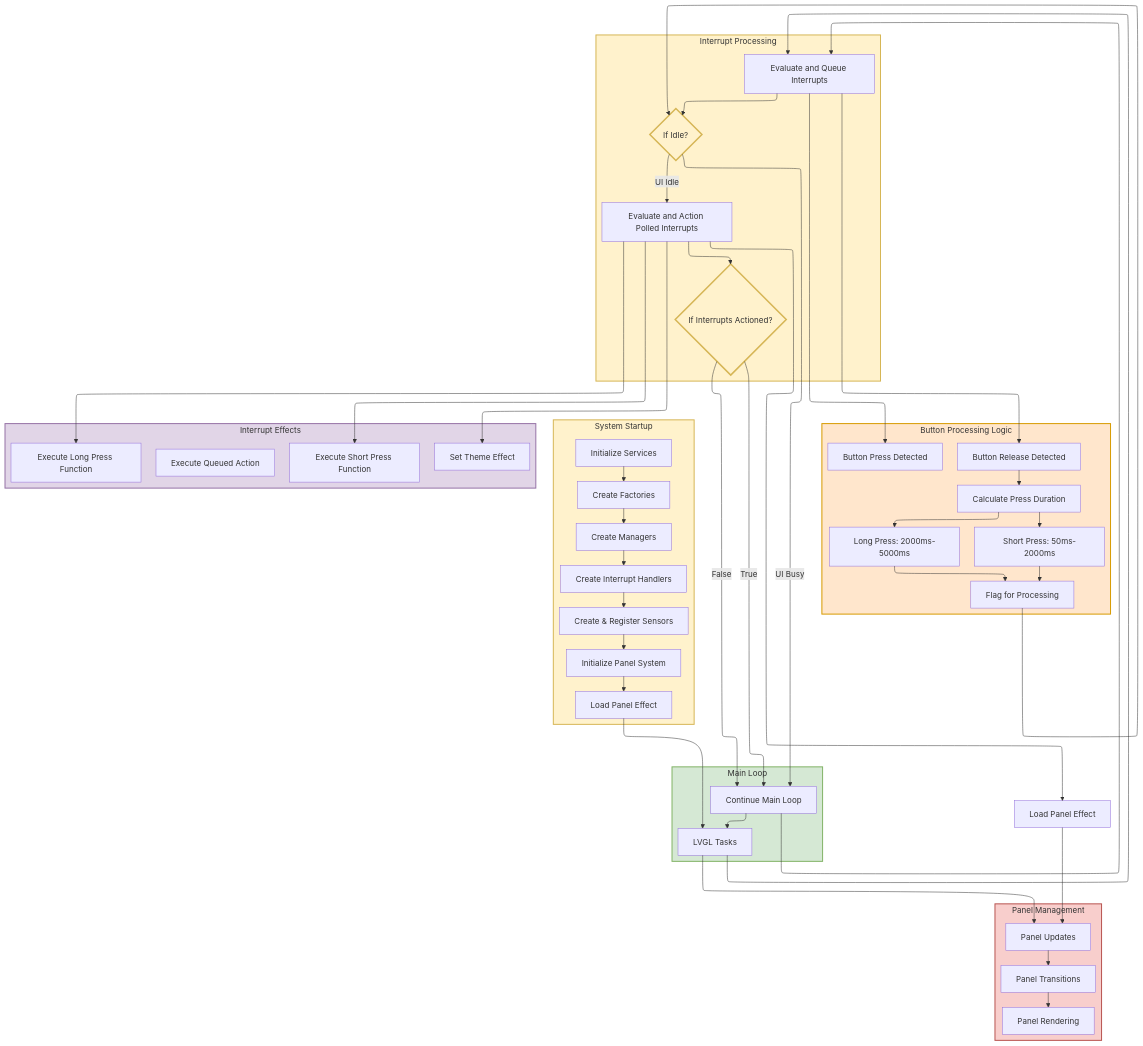
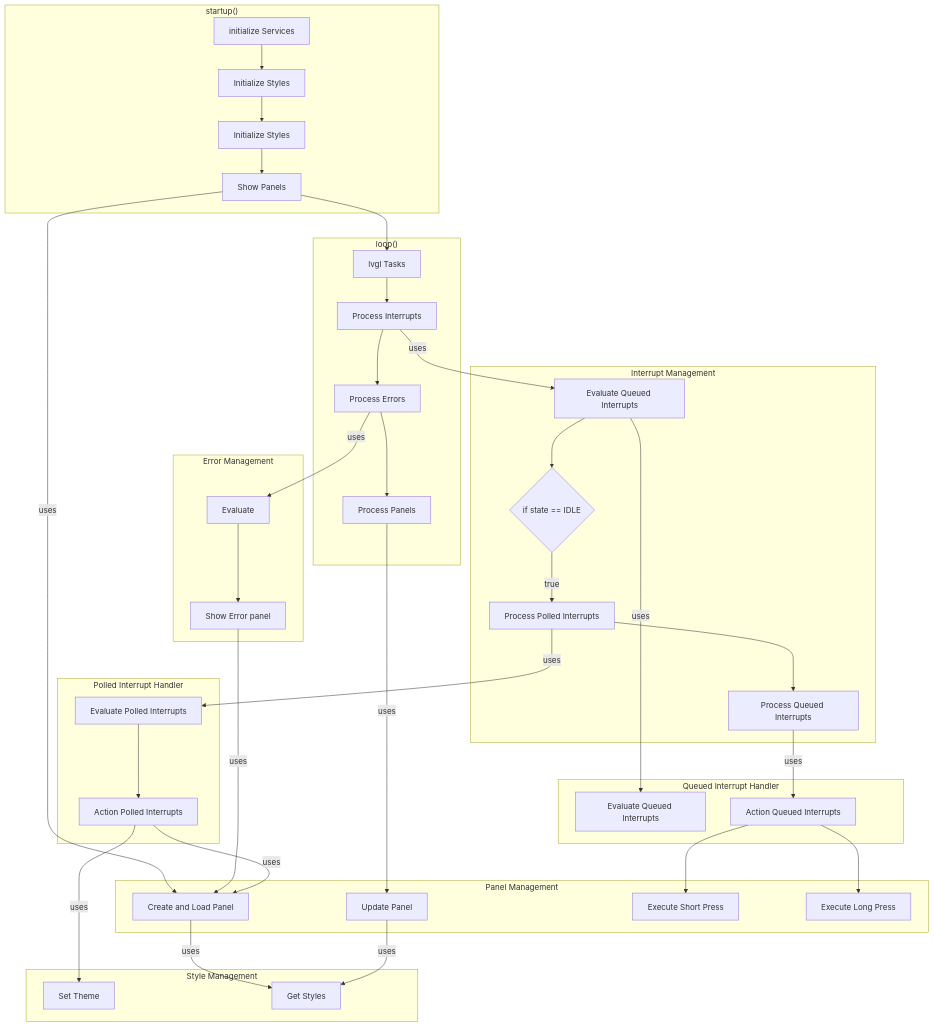
Before and after one commit to marcelrienks/Clarity: the diagram in docs/diagrams/application-flow.md, drawn with Mermaid. The commit also changed other lines of this file and 6 other files, not shown here.

````diff
--- a/docs/diagrams/application-flow.md
+++ b/docs/diagrams/application-flow.md
@@ -21,109 +20,88 @@
 ```mermaid
 ---
 config:
-  layout: elk
+  layout: fixed
   theme: default
-  elk:
-    algorithm: layered
-    direction: DOWN
+  elk: {}
+id: 063444bd-5464-486a-8d8d-72cb41573cb5
 ---
-flowchart TD
-    %% Startup Sequence Layer
-    subgraph StartupLayer ["System Startup"]
-        InitServices["Initialize Services"]
-        CreateFactories["Create Factories"]
-        CreateManagers["Create Managers"]
-        CreateHandlers["Create Interrupt Handlers"]
-        CreateSensors["Create & Register Sensors"]
-        InitPanels["Initialize Panel System"]
-        LoadPanel["Load Panel"]
-    end
-    
-    %% Interrupt Processing
-    subgraph InterruptProcessing ["Interrupt Processing"]
-        EvalQueue["Evaluate and Queue Interrupts"]
-        IsIdle{"If Idle?"}
-        EvalPolled["Evaluate and Action Polled Interrupts"]
-        InterruptsActioned{"If Interrupts Actioned?"}
-    end
-    
-    %% Main Loop
-    subgraph MainLoop ["Main Loop"]
-        LVGLTasks["LVGL Tasks"]
-        ContinueMainLoop["Continue Main Loop"]
-    end
-    
-    %% Panel Management
-    subgraph PanelManagement ["Panel Management"]
-        PanelUpdates["Panel Updates"]
-        PanelTransitions["Panel Transitions"]
-        PanelRendering["Panel Rendering"]
-    end
-    
-    %% Button Processing Detail
-    subgraph ButtonProcessing ["Button Processing Logic"]
-        ButtonPressStart["Button Press Detected"]
-        ButtonRelease["Button Release Detected"]
-        CalcDuration["Calculate Press Duration"]
-        ShortPressDetected["Short Press: 50ms-2000ms"]
-        LongPressDetected["Long Press: 2000ms-5000ms"]
-        FlagProcessing["Flag for Processing"]
-    end
-    
-    %% Interrupt Effects Layer
-    subgraph InterruptEffects ["Interrupt Effects"]
-        ExecuteQueued["Execute Queued Action"]
-        ExecuteShortPress["Execute Short Press Function"]
-        ExecuteLongPress["Execute Long Press Function"]
-        LoadPanel["Load Panel Effect"]
-        SetTheme["Set Theme Effect"]
-    end
-    
-    %% Startup Flow
-    InitServices --> CreateFactories
-    CreateFactories --> CreateManagers
-    CreateManagers --> CreateHandlers
-    CreateHandlers --> CreateSensors
-    CreateSensors --> InitPanels
-    InitPanels --> LoadPanel
-    LoadPanel --> LVGLTasks
-    
-    %% Main Loop Flow
-    LVGLTasks --> EvalQueue
-    ContinueMainLoop --> LVGLTasks
-    
-    %% Interrupt Processing Flow
-    EvalQueue --> IsIdle
-    IsIdle -->|"UI Idle"| EvalPolled
-    IsIdle -->|"UI Busy"| ContinueMainLoop
-    EvalPolled --> InterruptsActioned
-    InterruptsActioned -->|"True"| ContinueMainLoop
-    InterruptsActioned -->|"False"| ContinueMainLoop
-    ContinueMainLoop --> EvalQueue
-    
-    %% Button Processing Integration
-    EvalQueue --> ButtonPressStart
-    EvalQueue --> ButtonRelease
-    ButtonRelease --> CalcDuration
-    CalcDuration --> ShortPressDetected
-    CalcDuration --> LongPressDetected
-    ShortPressDetected --> FlagProcessing
-    LongPressDetected --> FlagProcessing
-    FlagProcessing --> IsIdle
-    
-    %% Interrupt Effects Execution
-    EvalPolled --> LoadPanelEffect["Load Panel Effect"]
-    EvalPolled --> SetTheme
-    EvalPolled --> ExecuteShortPress
-    EvalPolled --> ExecuteLongPress
-    
-    %% Panel Management Integration
-    LVGLTasks --> PanelUpdates
-    PanelUpdates --> PanelTransitions
-    PanelTransitions --> PanelRendering
-    LoadPanelEffect --> PanelUpdates
-    
-    %% Styling to Match Architecture Overview
+flowchart TB
+ subgraph PanelManagement["Panel Management"]
+        PanelUpdates["Create and Load Panel"]
+        n10["Update Panel"]
+        n21["Execute Short Press"]
+        n22["Execute Long Press"]
+  end
+ subgraph s1["loop()"]
+        n1["lvgl Tasks"]
+        n8["Process Interrupts"]
+        n9["Process Panels"]
+        n17["Process Errors"]
+  end
+ subgraph s2["startup()"]
+        n2@{ label: "<span style=\"color:\">initialize Services</span>" }
+        n3["Initialize Styles"]
+        n4["Initialize Styles"]
+        n5["Show Panels"]
+  end
+ subgraph s3["Interrupt Management"]
+        n11["Evaluate Queued Interrupts"]
+        n14["if state == IDLE"]
+        n15["Process Polled Interrupts"]
+        n16["Process Queued Interrupts"]
+  end
+ subgraph s4["Error Management"]
+        n12["Evaluate"]
+        n13["Show Error panel"]
+  end
+ subgraph s5["Queued Interrupt Handler"]
+        n18["Evaluate Queued Interrupts"]
+        n20["Action Queued Interrupts"]
+  end
+ subgraph s6["Polled Interrupt Handler"]
+        n19["Evaluate Polled Interrupts"]
+        n23["Action Polled Interrupts"]
+  end
+ subgraph s7["Style Management"]
+        n24["Set Theme"]
+        n25["Get Styles"]
+  end
+    n2 --> n3
+    n3 --> n4
+    n4 --> n5
+    n5 -- uses --> PanelUpdates
+    n9 -- uses --> n10
+    n8 -- uses --> n11
+    n5 --> n1
+    n13 -- uses --> PanelUpdates
+    n11 --> n14
+    n14 -- true --> n15
+    n15 --> n16
+    n15 -- uses --> n19
+    n17 --> n9
+    n17 -- uses --> n12
+    n1 --> n8
+    n8 --> n17
+    n12 --> n13
+    n11 -- uses --> n18
+    n16 -- uses --> n20
+    n19 --> n23
+    n20 --> n22 & n21
+    n23 -- uses --> n24 & PanelUpdates
+    PanelUpdates -- uses --> n25
+    n10 -- uses --> n25
+    n10@{ shape: rect}
+    n21@{ shape: proc}
+    n22@{ shape: proc}
+    n8@{ shape: rect}
+    n9@{ shape: rect}
+    n2@{ shape: rect}
+    n3@{ shape: proc}
+    n4@{ shape: proc}
+    n5@{ shape: proc}
+    n14@{ shape: diam}
+    n12@{ shape: rect}
+    n20@{ shape: rect}
     classDef startup fill:#fff2cc,stroke:#d6b656,stroke-width:2px
     classDef interrupt fill:#fff2cc,stroke:#d6b656,stroke-width:2px  
     classDef mainloop fill:#d5e8d4,stroke:#82b366,stroke-width:2px
@@ -131,12 +109,4 @@
     classDef button fill:#ffe6cc,stroke:#d79b00,stroke-width:2px
     classDef effects fill:#e1d5e7,stroke:#9673a6,stroke-width:2px
     classDef decision fill:#fff2cc,stroke:#d6b656,stroke-width:3px
-    
-    class StartupLayer startup
-    class InterruptProcessing interrupt
-    class MainLoop mainloop
-    class PanelManagement panel
-    class ButtonProcessing button
-    class InterruptEffects effects
-    class IsIdle,InterruptsActioned decision
 ```
````
